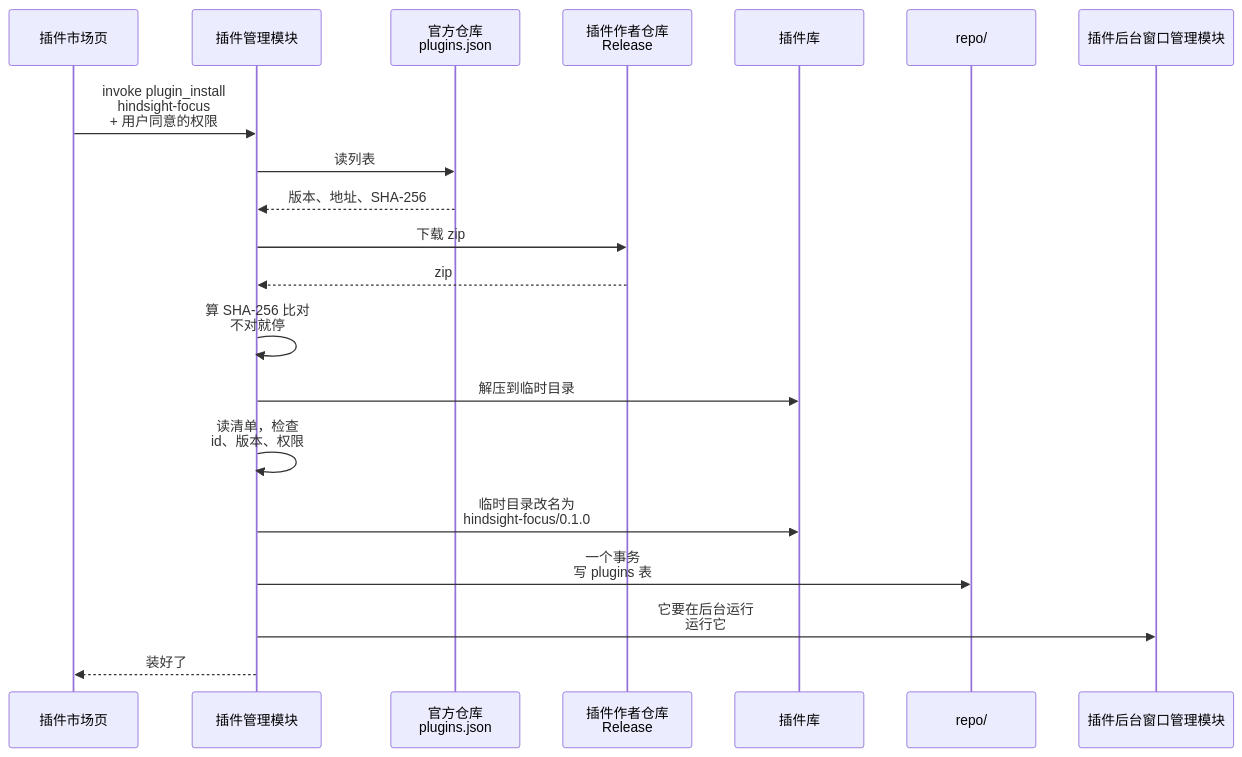
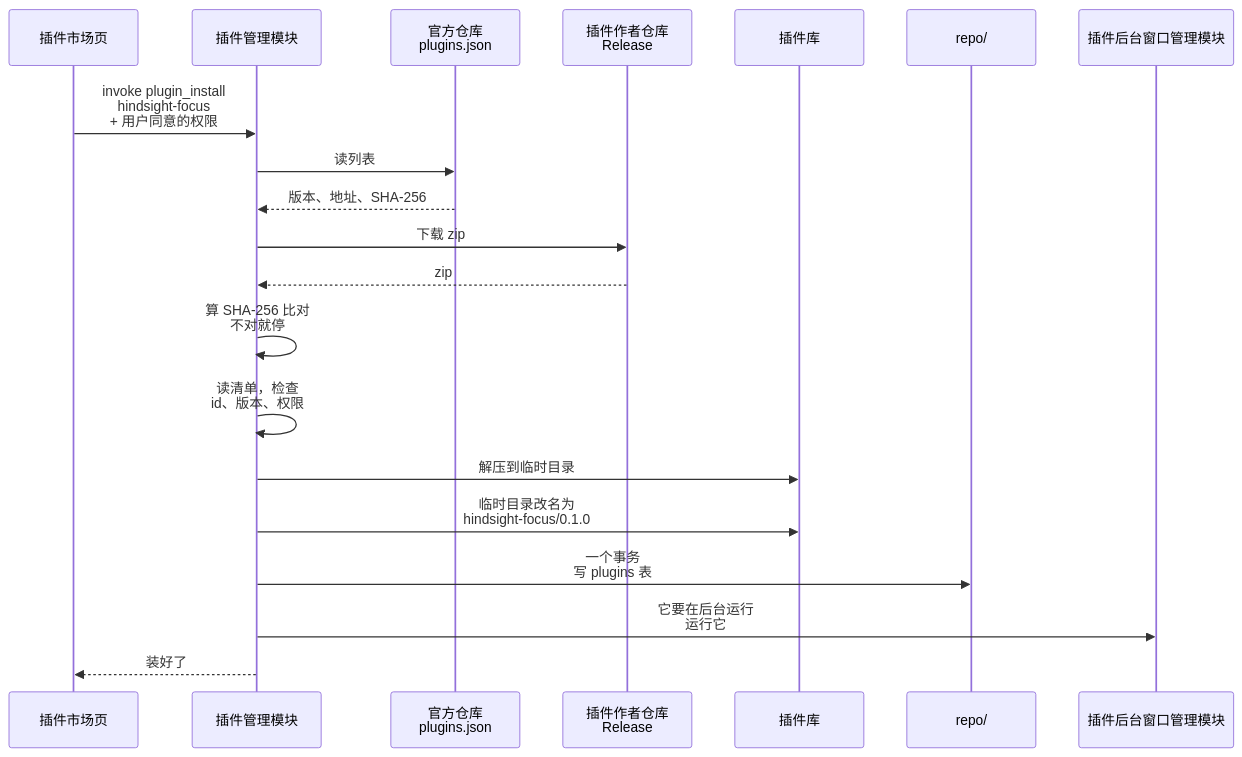
The first of 3 diagrams in docs/design/plugins/zh/install.md (Tomotsugu-dev/Hindsight), drawn with Mermaid before and after one commit. The commit also changed other lines of this file and 11 other files, not shown here.

````diff
--- a/docs/design/plugins/zh/install.md
+++ b/docs/design/plugins/zh/install.md
@@ -13,22 +13,22 @@
 ```mermaid
 sequenceDiagram
   participant M as 插件市场页
   participant G as 插件管理模块
   participant IDX as 官方仓库<br/>plugins.json
   participant REL as 插件作者仓库<br/>Release
   participant D as 插件库
   participant R as repo/
   participant W as 插件后台窗口管理模块
   M->>G: invoke plugin_install<br/>hindsight-focus<br/>+ 用户同意的权限
   G->>IDX: 读列表
   IDX-->>G: 版本、地址、SHA-256
   G->>REL: 下载 zip
   REL-->>G: zip
   G->>G: 算 SHA-256 比对<br/>不对就停
+  G->>G: 读清单，检查<br/>id、版本、权限
   G->>D: 解压到临时目录
-  G->>G: 读清单，检查<br/>id、版本、权限
   G->>D: 临时目录改名为<br/>hindsight-focus/0.1.0
   G->>R: 一个事务<br/>写 plugins 表
   G->>W: 它要在后台运行<br/>运行它
   G-->>M: 装好了
 ```
````
